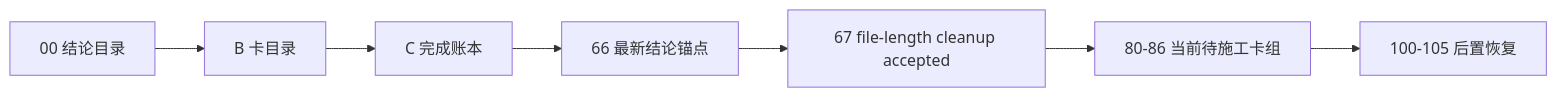
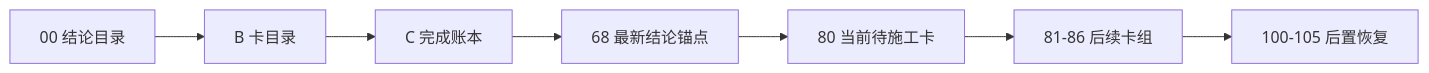
The diagram in docs/03-execution/A-execution-reading-order-20260409.md (everything-is-simple/lifespan-0.01), drawn with Mermaid before and after one commit. The commit also changed other lines of this file and 67 other files, not shown here.

````diff
--- a/docs/03-execution/A-execution-reading-order-20260409.md
+++ b/docs/03-execution/A-execution-reading-order-20260409.md
@@ -33,9 +33,9 @@
 ```mermaid
 flowchart LR
     CONC["00 结论目录"] --> BCAT["B 卡目录"]
     BCAT --> CLED["C 完成账本"]
-    CLED --> ANC["66 最新结论锚点"]
-    ANC --> G67["67 file-length cleanup accepted"]
-    G67 --> G80["80-86 当前待施工卡组"]
-    G80 --> NEXT["100-105 后置恢复"]
+    CLED --> ANC["68 最新结论锚点"]
+    ANC --> G80["80 当前待施工卡"]
+    G80 --> G86["81-86 后续卡组"]
+    G86 --> NEXT["100-105 后置恢复"]
 ```
````
